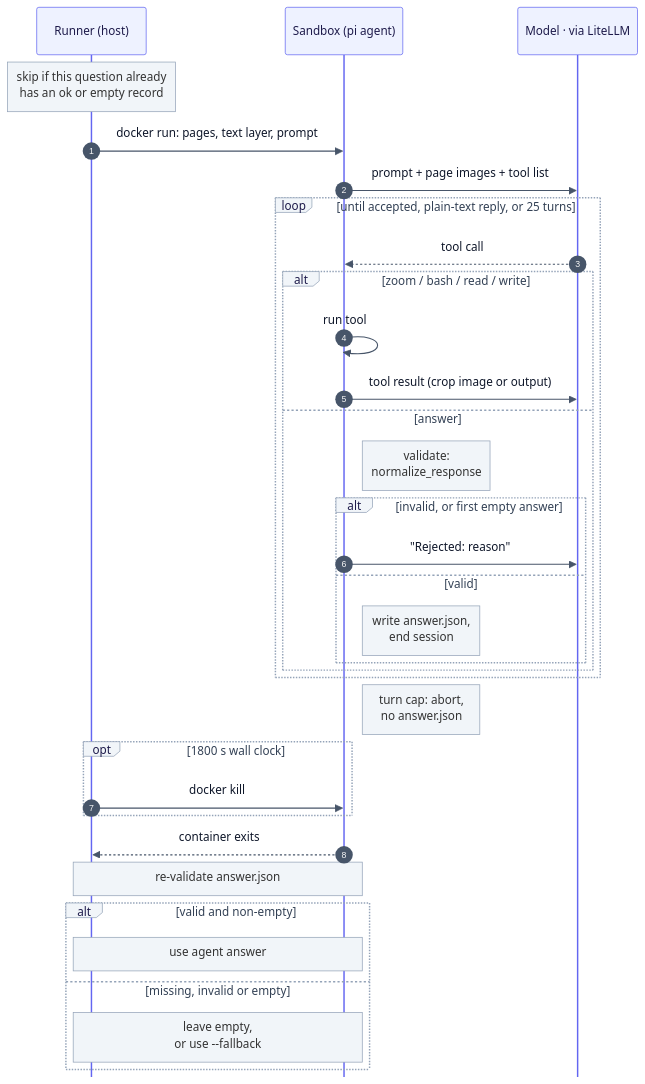
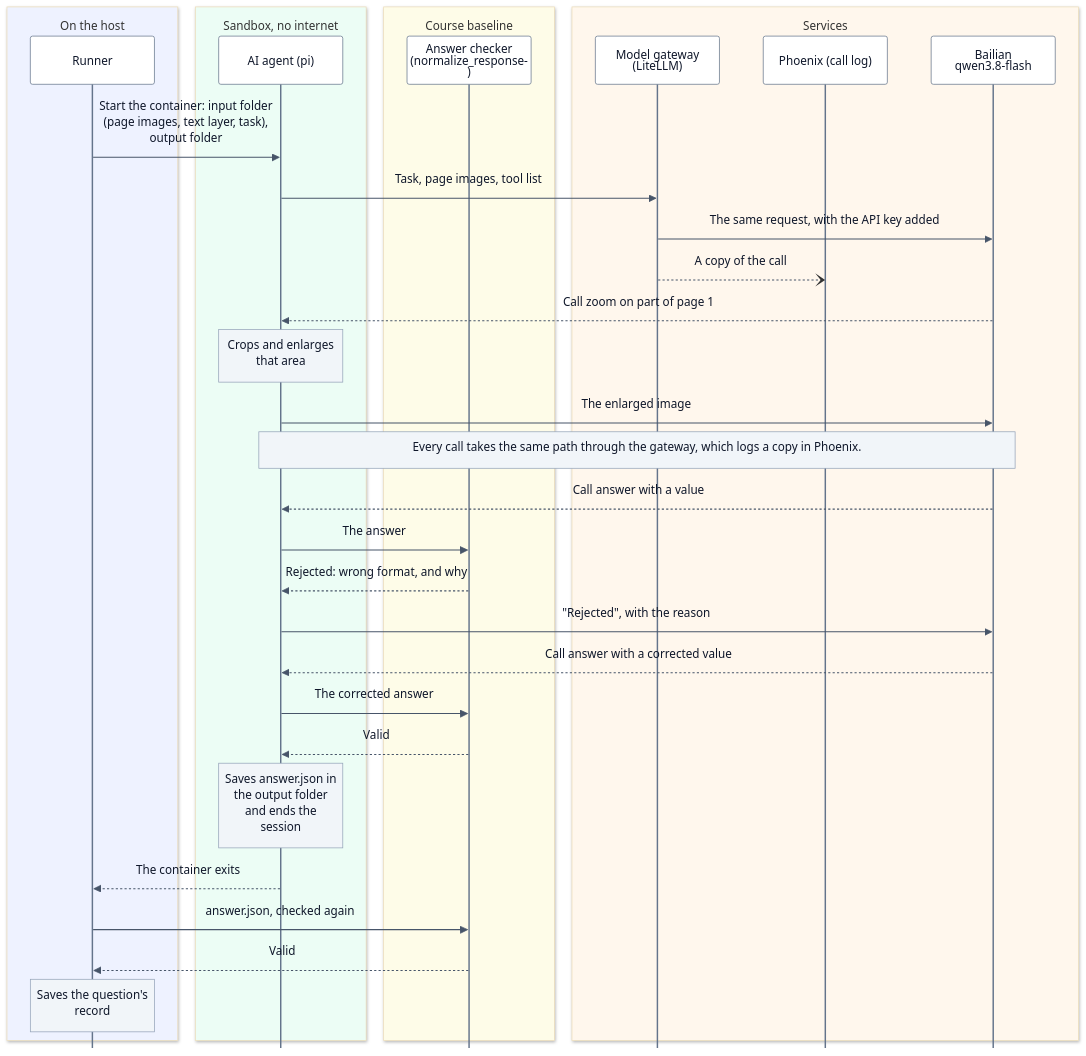
The diagram in docs/diagrams/session-sequence.mmd (eric15342335/AIFep-FDU.github.io), drawn with Mermaid before and after one commit. The commit also changed 16 other files, not shown here.

First line of the commit message:
Diagrams: Source Sans 3, question and run state charts

```diff
--- a/docs/diagrams/session-sequence.mmd
+++ b/docs/diagrams/session-sequence.mmd
@@ -1,38 +1,39 @@
-%%{init: {"theme": "base", "themeVariables": {"fontSize": "15px", "actorBkg": "#eef2ff", "actorBorder": "#6366f1", "actorTextColor": "#1e1b4b", "noteBkgColor": "#f1f5f9", "noteBorderColor": "#94a3b8", "loopTextColor": "#334155", "labelBoxBkgColor": "#f1f5f9", "labelBoxBorderColor": "#94a3b8", "signalColor": "#475569", "signalTextColor": "#0f172a"}, "sequence": {"mirrorActors": false, "noteMargin": 12}}}%%
-%% One question: how an answer gets accepted and collected.
+%%{init: {"theme": "base", "themeVariables": {"fontSize": "16px", "actorBkg": "#ffffff", "actorBorder": "#64748b", "actorTextColor": "#0f172a", "noteBkgColor": "#f1f5f9", "noteBorderColor": "#94a3b8", "noteTextColor": "#0f172a", "signalColor": "#475569", "signalTextColor": "#0f172a"}, "sequence": {"mirrorActors": false, "noteMargin": 14, "boxMargin": 12, "boxTextMargin": 8, "messageMargin": 40, "actorMargin": 60, "wrap": true, "width": 170}}}%%
+%% Who talks to whom for one ordinary question, with one rejected answer.
+%% Every other branch (the reminder, the last answer-only turn, the 30-minute limit) is in question-states.mmd.
 sequenceDiagram
-    autonumber
-    participant R as Runner (host)
-    participant S as Sandbox (pi agent)
-    participant M as Model · via LiteLLM
+    box rgb(238,242,255) On the host
+        participant R as Runner
+    end
+    box rgb(236,253,245) Sandbox, no internet
+        participant S as AI agent (pi)
+    end
+    box rgb(254,252,232) Course baseline
+        participant C as Answer checker (normalize_response)
+    end
+    box rgb(255,247,237) Services
+        participant G as Model gateway (LiteLLM)
+        participant P as Phoenix (call log)
+        participant M as Bailian qwen3.8-flash
+    end
 
-    Note over R: skip if this question already<br/>has an ok or empty record
-    R->>S: docker run: pages, text layer, prompt
-    S->>M: prompt + page images + tool list
-
-    loop until accepted, plain-text reply, or 25 turns
-        M-->>S: tool call
-        alt zoom / bash / read / write
-            S->>S: run tool
-            S->>M: tool result (crop image or output)
-        else answer
-            Note right of S: validate:<br/>normalize_response
-            alt invalid, or first empty answer
-                S->>M: "Rejected: reason"
-            else valid
-                Note right of S: write answer.json,<br/>end session
-            end
-        end
-    end
-    Note right of S: turn cap: abort,<br/>no answer.json
-
-    opt 1800 s wall clock
-        R->>S: docker kill
-    end
-    S-->>R: container exits
-    Note over R,S: re-validate answer.json
-    alt valid and non-empty
-        Note over R,S: use agent answer
-    else missing, invalid or empty
-        Note over R,S: leave empty,<br/>or use --fallback
-    end
+    R->>S: Start the container: input folder (page images, text layer, task), output folder
+    S->>G: Task, page images, tool list
+    G->>M: The same request, with the API key added
+    G--)P: A copy of the call
+    M-->>S: Call zoom on part of page 1
+    Note over S: Crops and enlarges that area
+    S->>M: The enlarged image
+    Note over S,M: Every call takes the same path through the gateway, which logs a copy in Phoenix.
+    M-->>S: Call answer with a value
+    S->>C: The answer
+    C-->>S: Rejected: wrong format, and why
+    S->>M: "Rejected", with the reason
+    M-->>S: Call answer with a corrected value
+    S->>C: The corrected answer
+    C-->>S: Valid
+    Note over S: Saves answer.json in the output folder and ends the session
+    S-->>R: The container exits
+    R->>C: answer.json, checked again
+    C-->>R: Valid
+    Note over R: Saves the question's record
```
